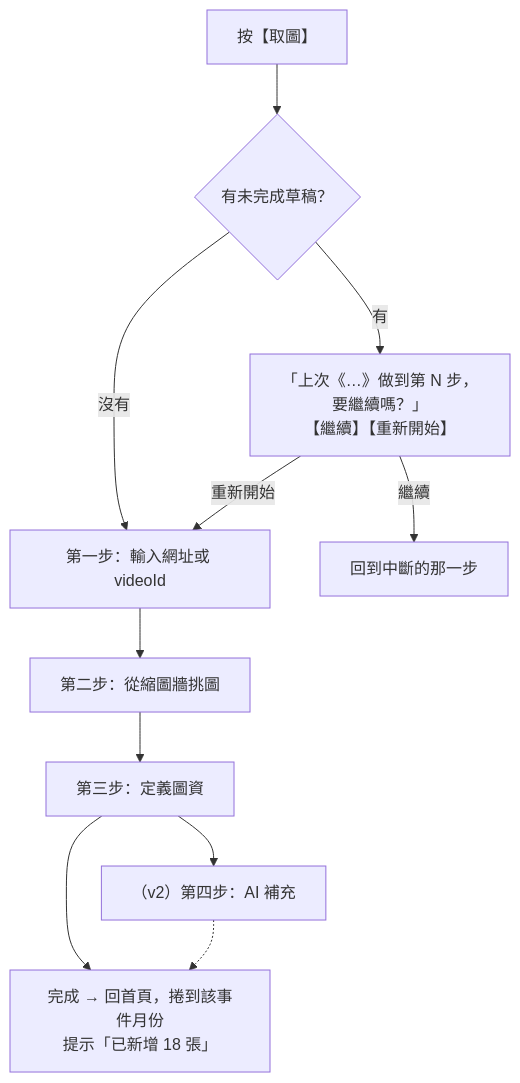
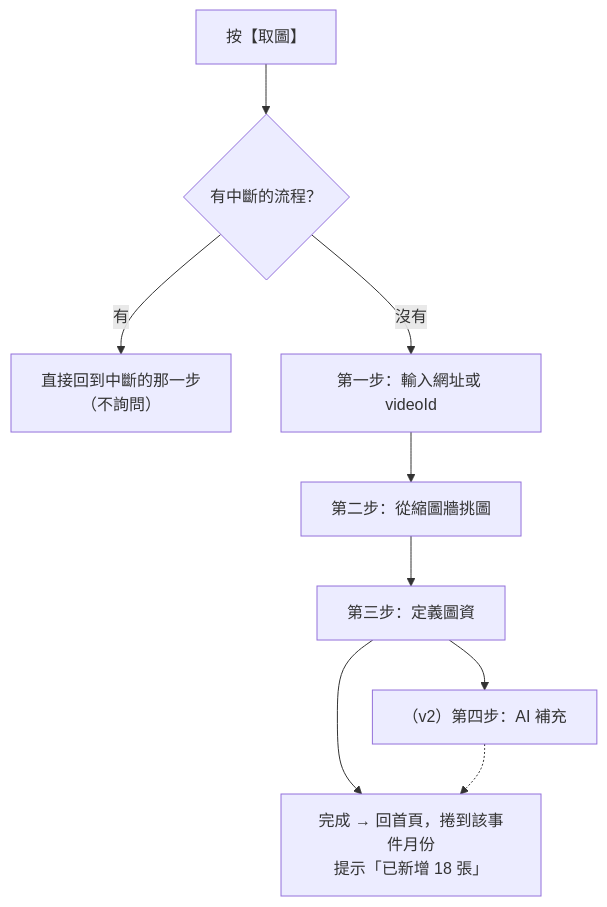
Before and after one commit to ScottChayaa/videoshot: the first of 3 diagrams in docs/superpowers/specs/2026-09-10-videoshot-app-design.md, drawn with Mermaid. The commit also changed other lines of this file and 8 other files, not shown here.

First line of the commit message:
feat(取圖): 拿掉草稿詢問框改為直接續做，頂欄右上加 ✕ 放棄

````diff
--- a/docs/superpowers/specs/2026-09-10-videoshot-app-design.md
+++ b/docs/superpowers/specs/2026-09-10-videoshot-app-design.md
@@ -617,14 +617,12 @@
 ```mermaid
 flowchart TD
-    S0["按【取圖】"] --> D{"有未完成草稿？"}
-    D -->|有| DR["「上次《…》做到第 N 步，要繼續嗎？」<br/>【繼續】【重新開始】"]
+    S0["按【取圖】"] --> D{"有中斷的流程？"}
+    D -->|有| RESUME["直接回到中斷的那一步<br/>（不詢問）"]
     D -->|沒有| S1
-    DR -->|繼續| RESUME["回到中斷的那一步"]
-    DR -->|重新開始| S1
 
     S1["第一步：輸入網址或 videoId"] --> S2["第二步：從縮圖牆挑圖"]
     S2 --> S3["第三步：定義圖資"]
     S3 --> S4["（v2）第四步：AI 補充"]
     S3 --> DONE["完成 → 回首頁，捲到該事件月份<br/>提示「已新增 18 張」"]
     S4 -.-> DONE
 ```
````
